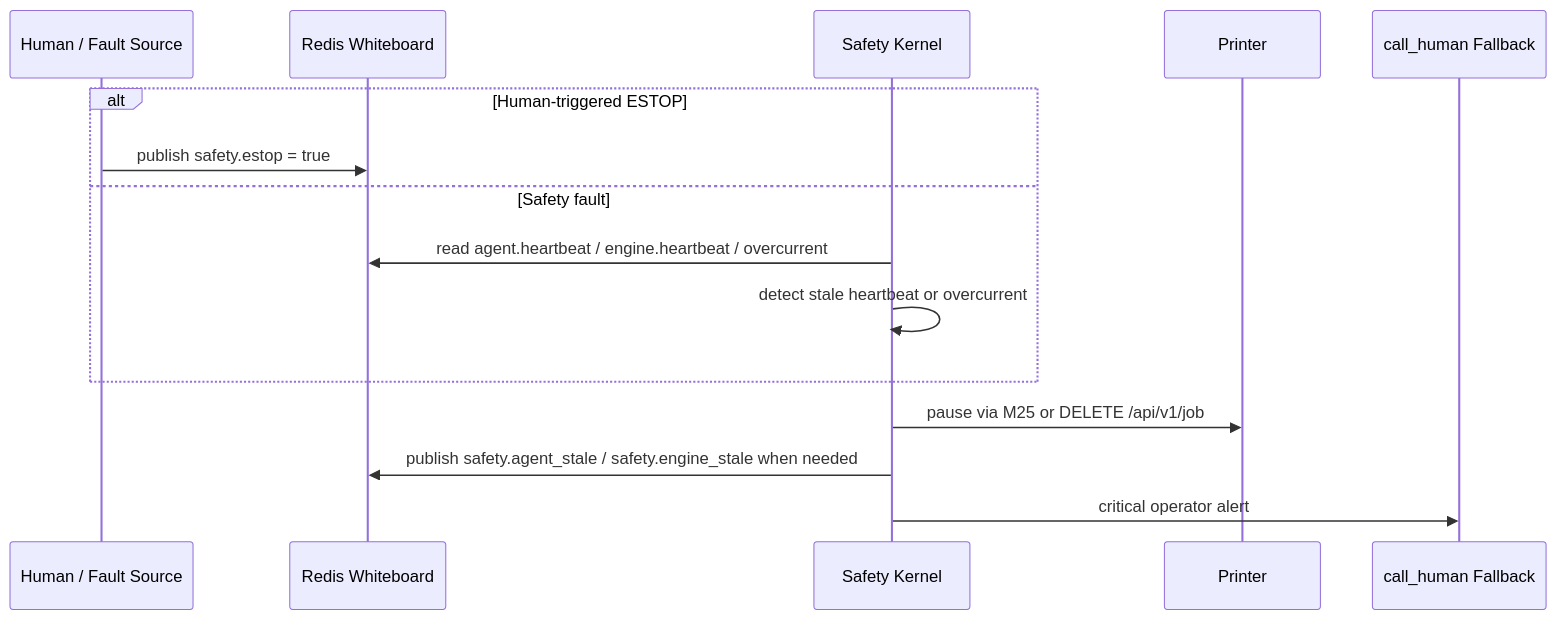
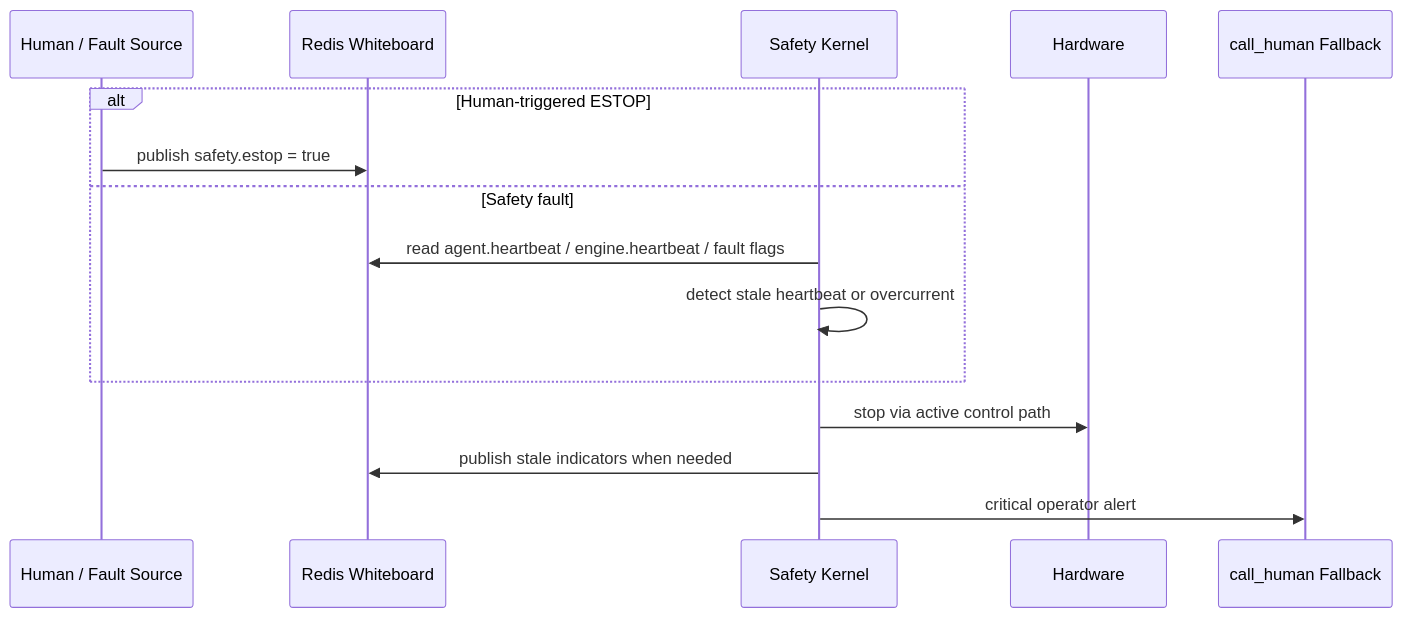
The fourth of 5 diagrams in ARCHITECTURE.md (anieyrudh/Wallee), drawn with Mermaid before and after one commit. The commit also changed other lines of this file and 9 other files, not shown here.

Commit message:
v5: hardware-agnostic ARCHITECTURE.md, device pack READMEs, sensor vs actuator distinction

````diff
--- a/ARCHITECTURE.md
+++ b/ARCHITECTURE.md
@@ -182,18 +186,18 @@
 ```mermaid
 sequenceDiagram
     participant Human as Human / Fault Source
     participant WB as Redis Whiteboard
     participant Safety as Safety Kernel
-    participant Printer as Printer
+    participant Machine as Hardware
     participant Notify as call_human Fallback
 
     alt Human-triggered ESTOP
         Human->>WB: publish safety.estop = true
     else Safety fault
-        Safety->>WB: read agent.heartbeat / engine.heartbeat / overcurrent
+        Safety->>WB: read agent.heartbeat / engine.heartbeat / fault flags
         Safety->>Safety: detect stale heartbeat or overcurrent
     end
-    Safety->>Printer: pause via M25 or DELETE /api/v1/job
-    Safety->>WB: publish safety.agent_stale / safety.engine_stale when needed
+    Safety->>Machine: stop via active control path
+    Safety->>WB: publish stale indicators when needed
     Safety->>Notify: critical operator alert
 ```
````
